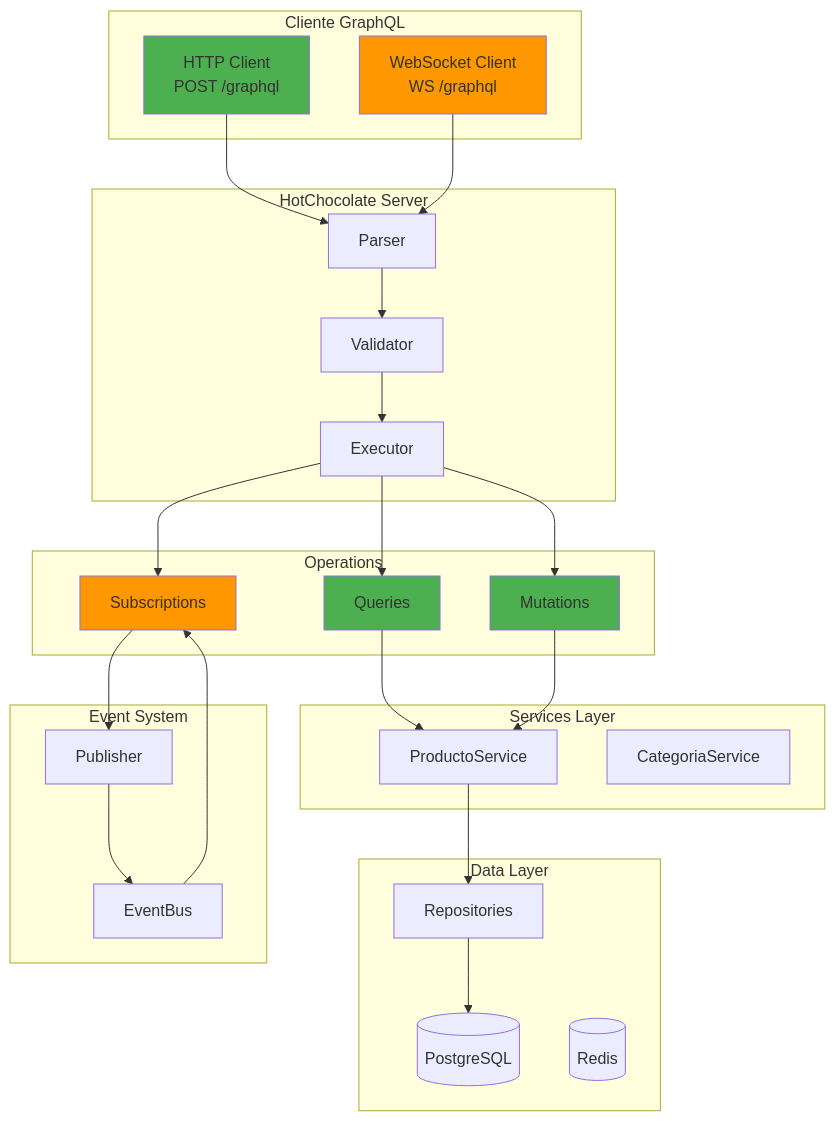
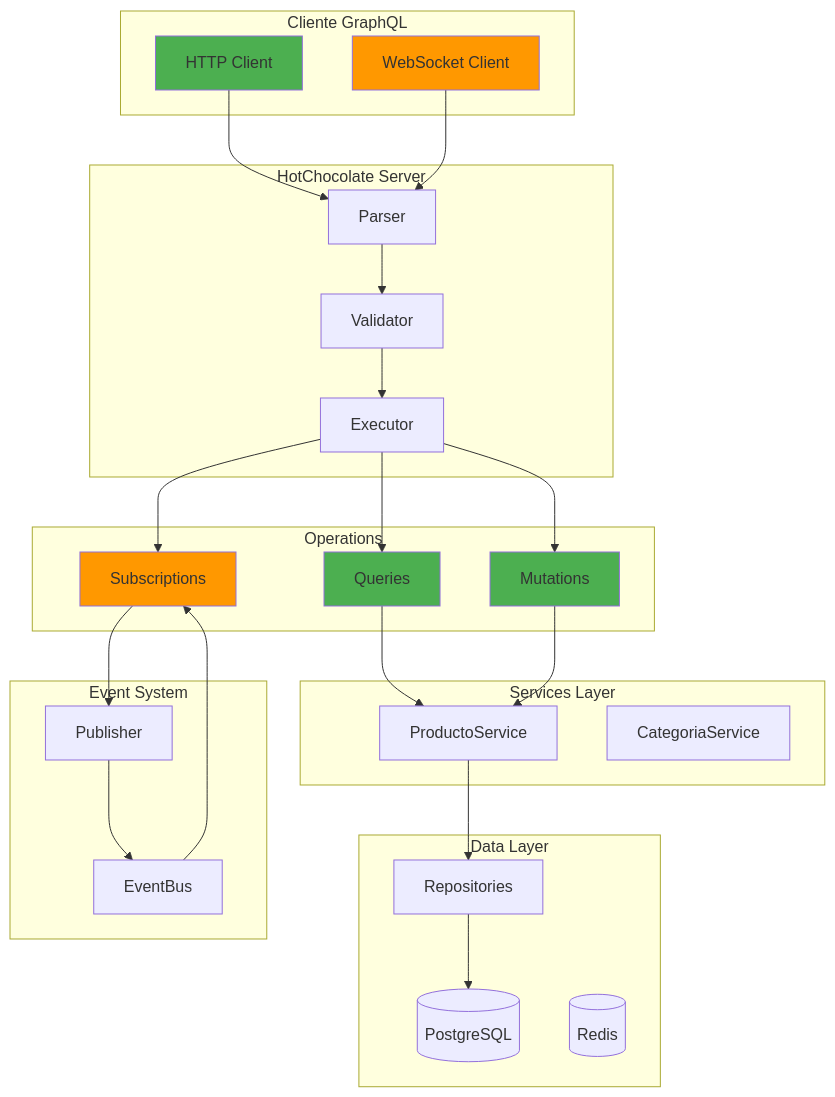
One commit to joseluisgs/TiendaDawApi-NetCore changed the ninth of 10 diagrams in doc/20-graphql.md. Above: the diagram before and after it, drawn with Mermaid. The commit also changed other lines of this file, not shown here.

Commit message:
docs: corregir diagramas Mermaid y añadir sección de autenticación con HotChocolate

````diff
--- a/doc/20-graphql.md
+++ b/doc/20-graphql.md
@@ -1429,56 +1729,56 @@
 ```mermaid
 flowchart TD
     subgraph "Cliente GraphQL"
-        HTTP[HTTP Client<br/>POST /graphql]
-        WS[WebSocket Client<br/>WS /graphql]
+        HTTP[HTTP Client]
+        WS[WebSocket Client]
     end
     
     subgraph "HotChocolate Server"
         Parser[Parser]
         Validator[Validator]
         Executor[Executor]
     end
     
     subgraph "Operations"
         Q[Queries]
         M[Mutations]
         S[Subscriptions]
     end
     
     subgraph "Services Layer"
         PS[ProductoService]
         CS[CategoriaService]
     end
     
     subgraph "Data Layer"
         Repo[Repositories]
         DB[(PostgreSQL)]
         Cache[(Redis)]
     end
     
     subgraph "Event System"
         Pub[Publisher]
         Bus[EventBus]
     end
     
     HTTP --> Parser
     WS --> Parser
     Parser --> Validator
     Validator --> Executor
     Executor --> Q
     Executor --> M
     Executor --> S
     Q --> PS
     M --> PS
     S --> Pub
     PS --> Repo
     Repo --> DB
     Pub --> Bus
     Bus --> S
     
     style HTTP fill:#4CAF50
     style WS fill:#FF9800
     style Q fill:#4CAF50
     style M fill:#4CAF50
     style S fill:#FF9800
 ```
````
